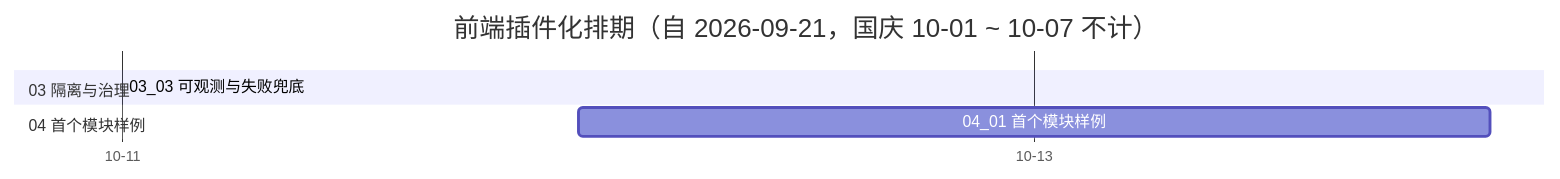
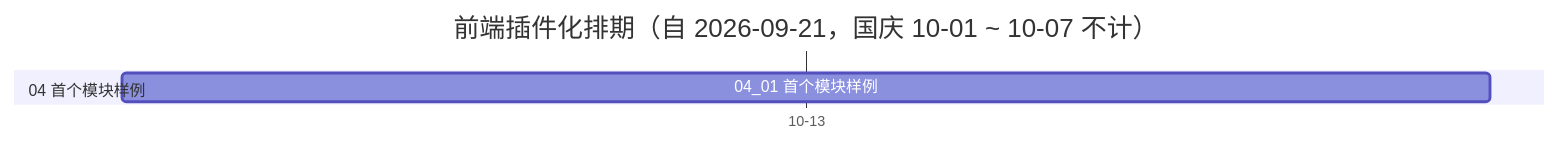
The diagram in bms文档/项目/05_前端插件化/计划/01_计划_前端插件化.md (minjian123/basic-management-system), drawn with Mermaid before and after one commit. The commit also changed other lines of this file and 15 other files, not shown here.

````diff
--- a/bms文档/项目/05_前端插件化/计划/01_计划_前端插件化.md
+++ b/bms文档/项目/05_前端插件化/计划/01_计划_前端插件化.md
@@ -42,11 +42,9 @@
 ```mermaid
 gantt
     title 前端插件化排期（自 2026-09-21，国庆 10-01 ~ 10-07 不计）
     dateFormat YYYY-MM-DD
     axisFormat %m-%d
     tickInterval 2day
-    section 03 隔离与治理
-    03_03 可观测与失败兜底 :a7, 2026-10-11, 2026-10-11
     section 04 首个模块样例
     04_01 首个模块样例 :a8, 2026-10-12, 2026-10-14
 ```
````
